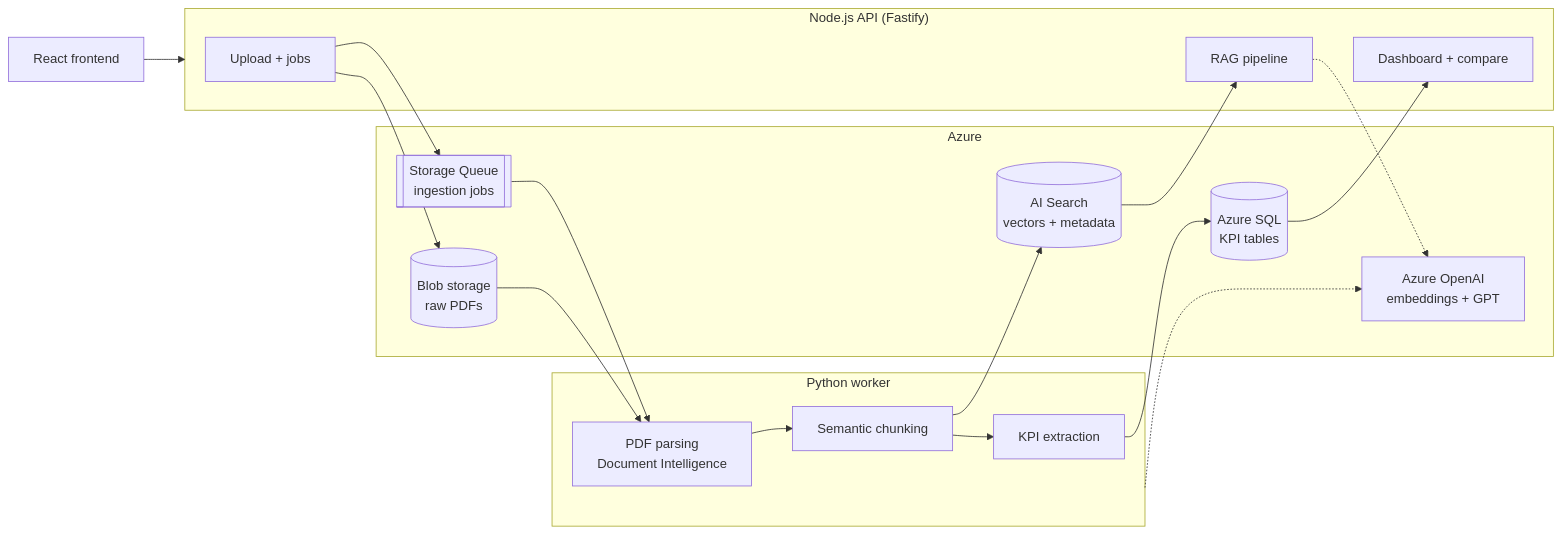
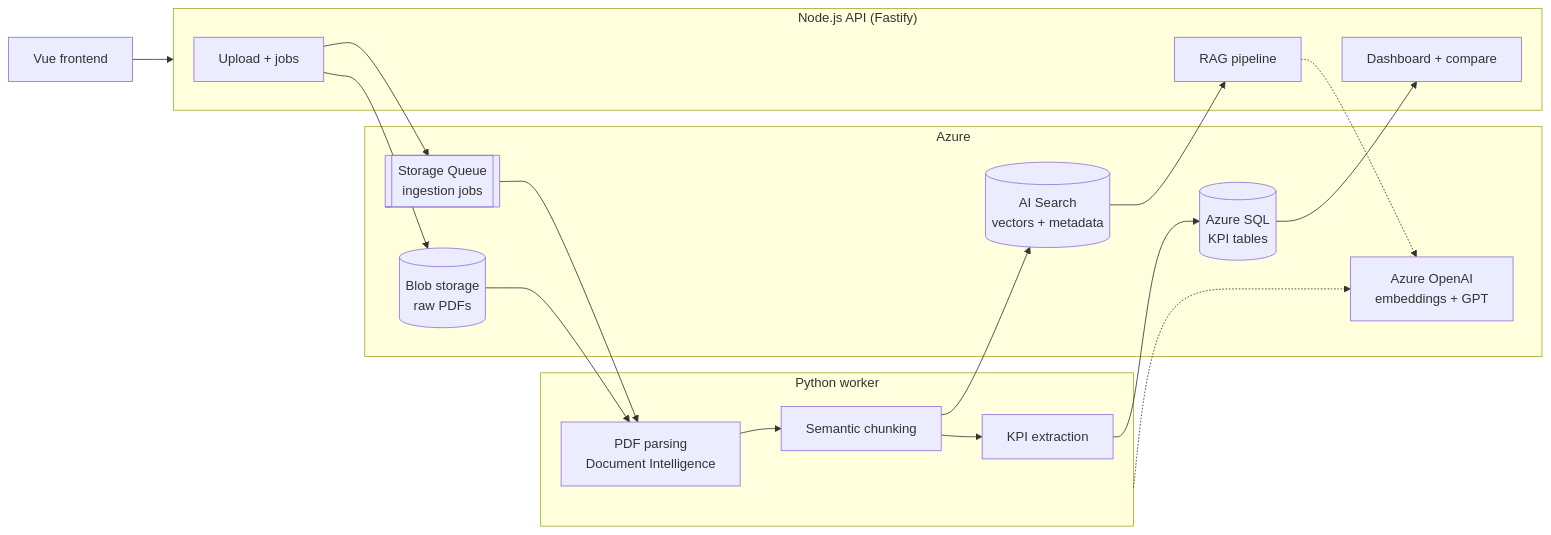
One commit to cython1/FinanceAI changed the diagram in docs/architecture.md. Above: the diagram before and after it, drawn with Mermaid. The commit also changed 5 other files, not shown here.

First line of the commit message:
FAI-028: update docs from React to Vue 3 and Pinia

````diff
--- a/docs/architecture.md
+++ b/docs/architecture.md
@@ -3,29 +3,29 @@
 ```mermaid
 flowchart LR
   subgraph PY["Python worker"]
     P1[PDF parsing<br/>Document Intelligence] --> P2[Semantic chunking] --> P3[KPI extraction]
   end
   subgraph AZ["Azure"]
     B[(Blob storage<br/>raw PDFs)]
     Q[[Storage Queue<br/>ingestion jobs]]
     O[Azure OpenAI<br/>embeddings + GPT]
     S[(AI Search<br/>vectors + metadata)]
     D[(Azure SQL<br/>KPI tables)]
   end
   subgraph NODE["Node.js API (Fastify)"]
     N1[Upload + jobs] 
     N2[RAG pipeline]
     N3[Dashboard + compare]
   end
-  FE[React frontend] --> NODE
+  FE[Vue frontend] --> NODE
   N1 --> B
   N1 --> Q
   Q --> P1
   B --> P1
   P2 --> S
   P3 --> D
   PY -.-> O
   N2 -.-> O
   S --> N2
   D --> N3
 ```
````
